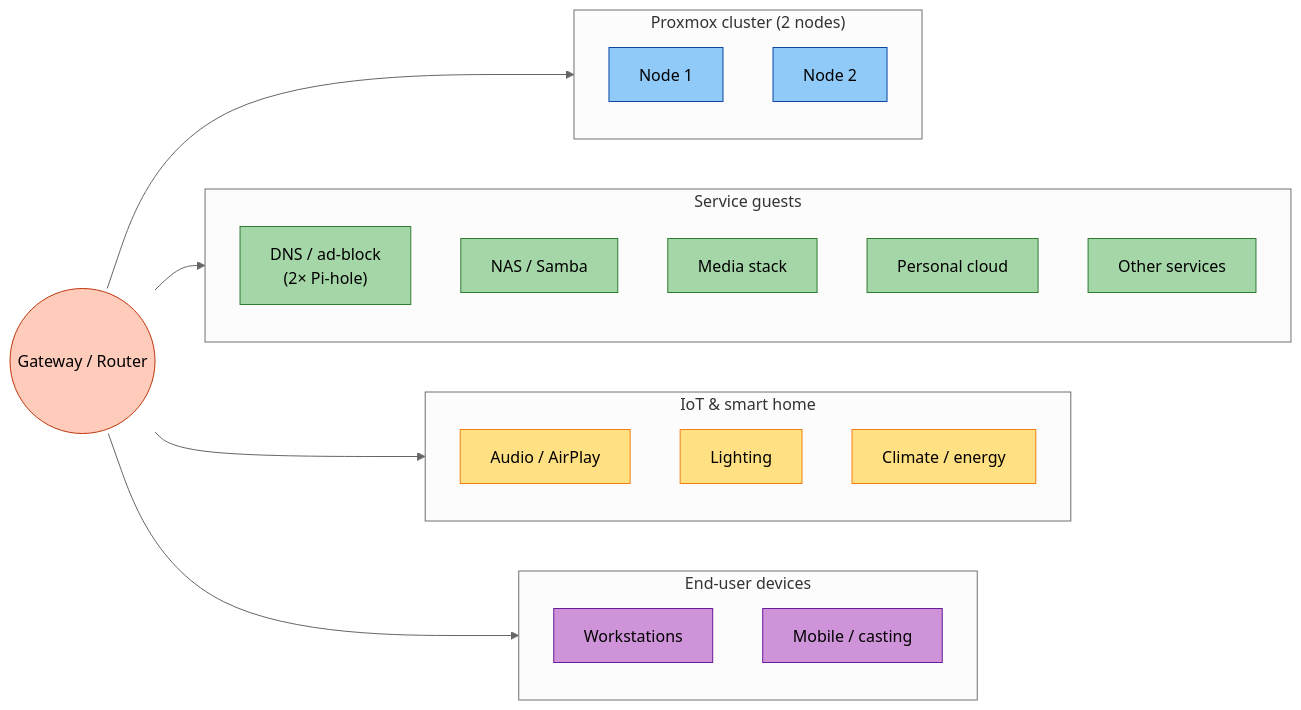
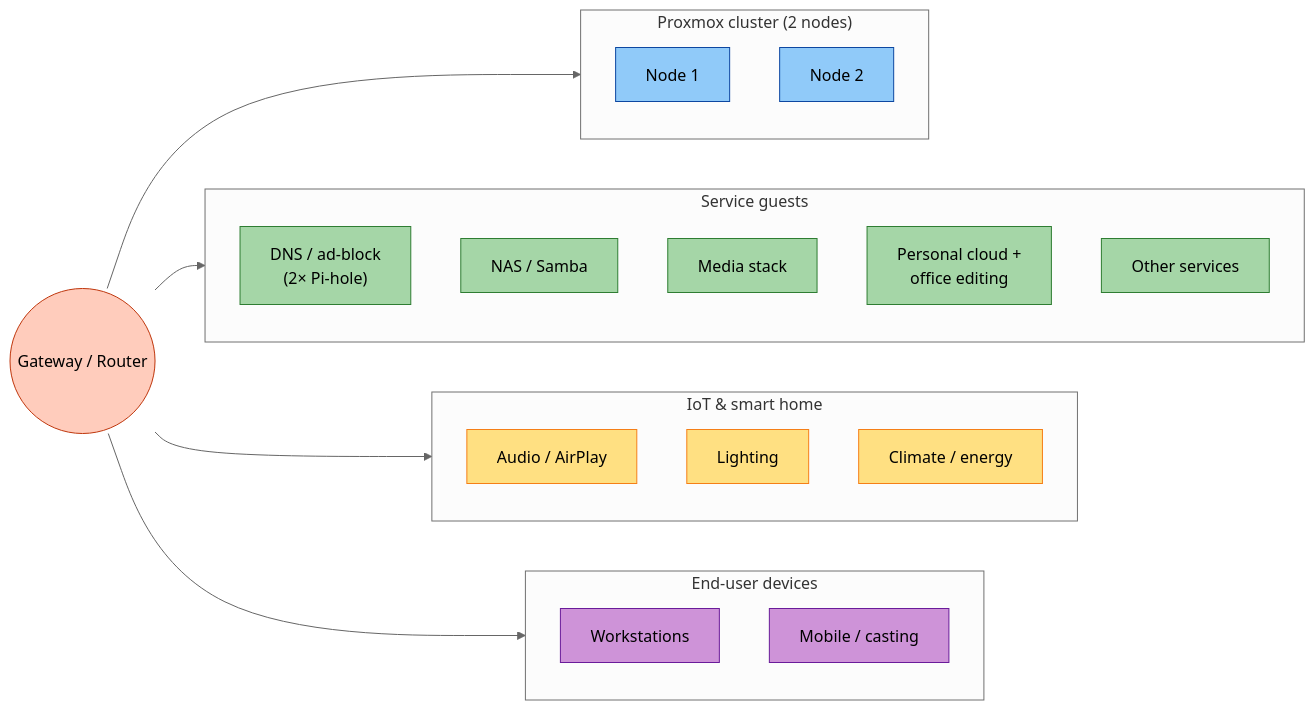
One commit to Rich-Hacks/proxmox-homelab-pub changed the second of 2 diagrams in README.md. Above: the diagram before and after it, drawn with Mermaid (neutral theme). The commit also changed other lines of this file, not shown here.

````diff
--- a/README.md
+++ b/README.md
@@ -212,39 +220,39 @@
 ```mermaid
 flowchart LR
     classDef infra fill:#FFCCBC,stroke:#BF360C,color:#000
     classDef pve fill:#90CAF9,stroke:#0D47A1,color:#000
     classDef svc fill:#A5D6A7,stroke:#2E7D32,color:#000
     classDef iot fill:#FFE082,stroke:#F57F17,color:#000
     classDef user fill:#CE93D8,stroke:#6A1B9A,color:#000
 
     GW(("Gateway / Router")):::infra
 
     subgraph PVE_CLUSTER["Proxmox cluster (2 nodes)"]
       NODE1["Node 1"]:::pve
       NODE2["Node 2"]:::pve
     end
 
     subgraph SERVICES["Service guests"]
       DNS["DNS / ad-block<br/>(2× Pi-hole)"]:::svc
       NAS["NAS / Samba"]:::svc
       MEDIA["Media stack"]:::svc
-      CLOUD["Personal cloud"]:::svc
+      CLOUD["Personal cloud +<br/>office editing"]:::svc
       OTHER["Other services"]:::svc
     end
 
     subgraph IOT["IoT &amp; smart home"]
       AUDIO["Audio / AirPlay"]:::iot
       LIGHT["Lighting"]:::iot
       CLIMATE["Climate / energy"]:::iot
     end
 
     subgraph ENDPOINTS["End-user devices"]
       WORK["Workstations"]:::user
       MOBILE["Mobile / casting"]:::user
     end
 
     GW --> PVE_CLUSTER
     GW --> SERVICES
     GW --> IOT
     GW --> ENDPOINTS
 ```
````
